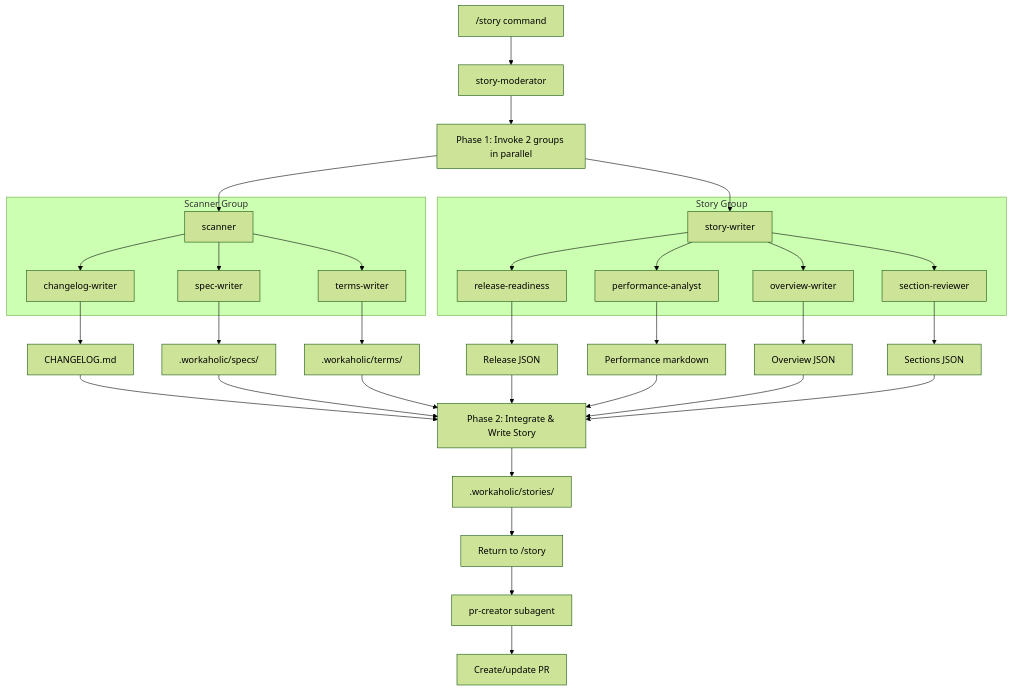
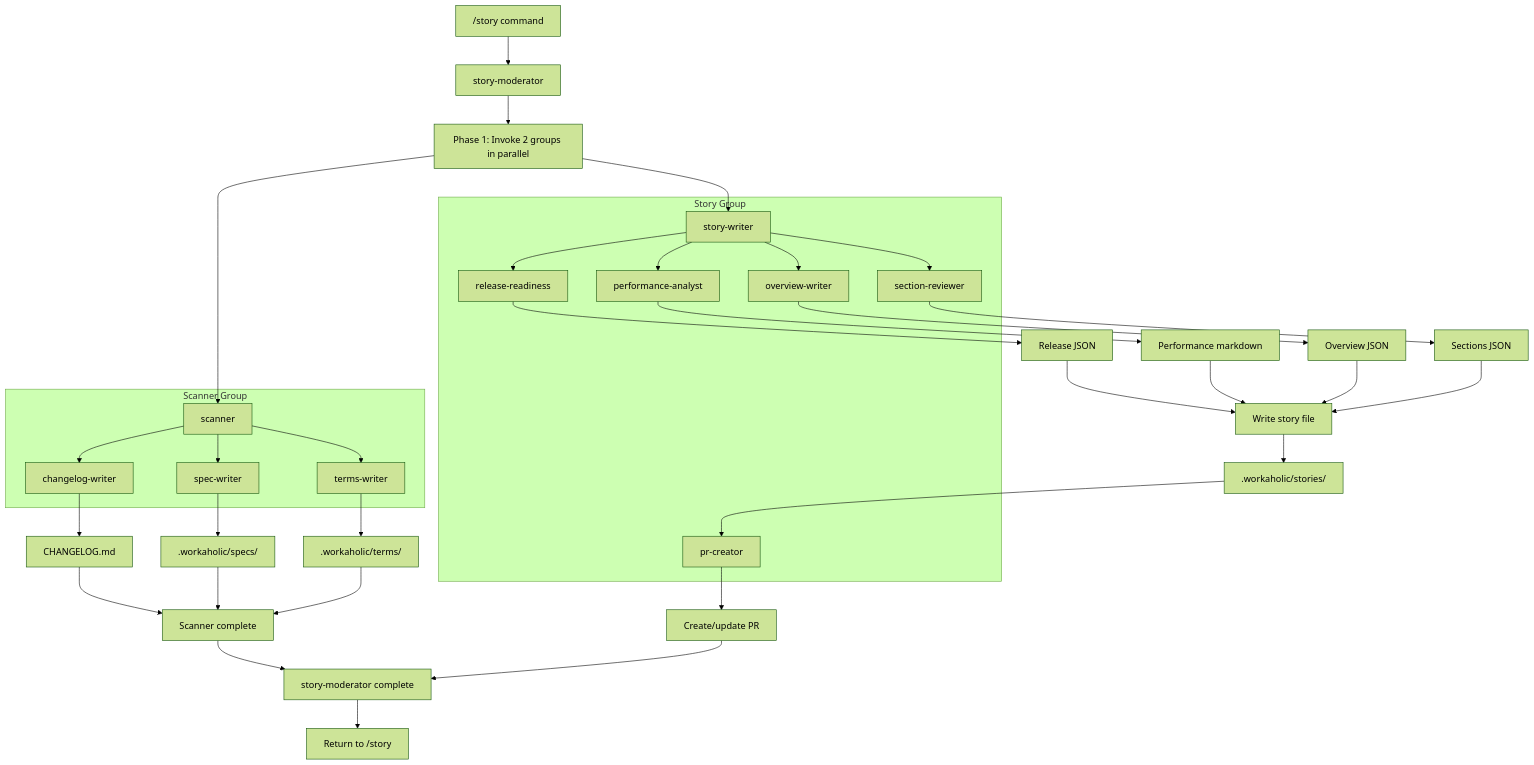
The sixth of 6 diagrams in .workaholic/specs/architecture.md (qmu/workaholic), drawn with Mermaid (forest theme) before and after one commit. The commit also changed other lines of this file and 1 other file, not shown here.

Commit message:
Fix /story Dependency Charts in Architecture Specs
Motivation: Charts incorrectly showed story-moderator owning write-story skill and /story command invoking pr-creator

Arch Change:
- story-writer now owns write-story skill (sw --> ws instead of sm --> ws)
- story-writer invokes pr-creator (sw --> pc instead of story --> pc)
- pr-creator moved inside Story Group subgraph in documentation enforcement diagram

````diff
--- a/.workaholic/specs/architecture.md
+++ b/.workaholic/specs/architecture.md
@@ -375,49 +374,52 @@
 ```mermaid
 flowchart TD
     A["/story command"] --> SM[story-moderator]
 
     SM --> P1[Phase 1: Invoke 2 groups in parallel]
 
     subgraph Scanner Group
         SC[scanner]
         D[changelog-writer]
         F[spec-writer]
         G[terms-writer]
     end
 
     subgraph Story Group
         SW[story-writer]
         RR[release-readiness]
         PA[performance-analyst]
         OW[overview-writer]
         SR[section-reviewer]
+        PC[pr-creator]
     end
 
     P1 --> SC
     P1 --> SW
 
     SC --> D & F & G
     SW --> RR & PA & OW & SR
 
     D --> H[CHANGELOG.md]
     F --> J[.workaholic/specs/]
     G --> K[.workaholic/terms/]
     RR --> RL[Release JSON]
     PA --> PM[Performance markdown]
     OW --> OJ[Overview JSON]
     SR --> SJ[Sections JSON]
 
-    H --> P2[Phase 2: Integrate & Write Story]
+    H --> P2[Scanner complete]
     J --> P2
     K --> P2
-    RL --> P2
-    PM --> P2
-    OJ --> P2
-    SJ --> P2
+    RL --> P3[Write story file]
+    PM --> P3
+    OJ --> P3
+    SJ --> P3
 
-    P2 --> I[.workaholic/stories/]
-    I --> L[Return to /story]
+    P3 --> I[.workaholic/stories/]
+    I --> PC
+    PC --> N[Create/update PR]
 
-    L --> M[pr-creator subagent]
-    M --> N[Create/update PR]
+    P2 --> SM2[story-moderator complete]
+    N --> SM2
+    SM2 --> L[Return to /story]
 ```
````
